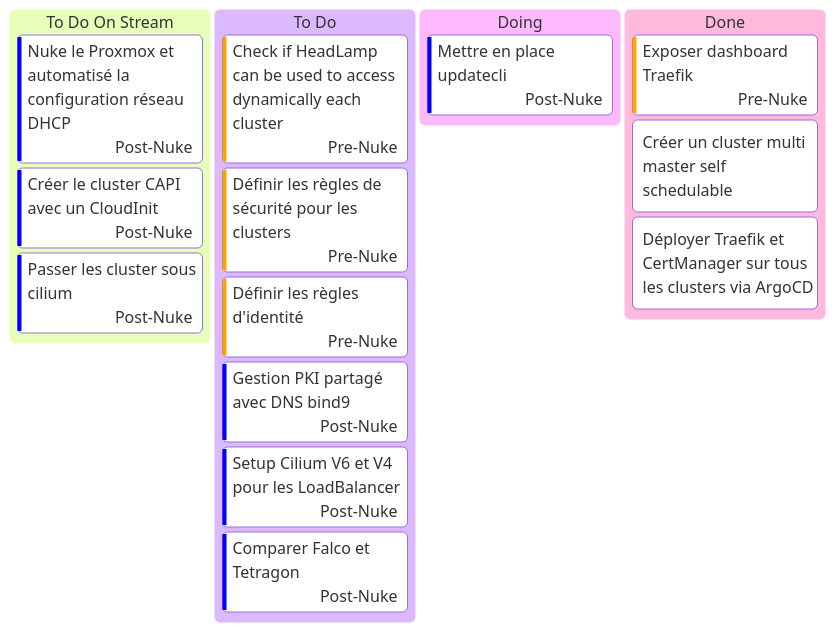
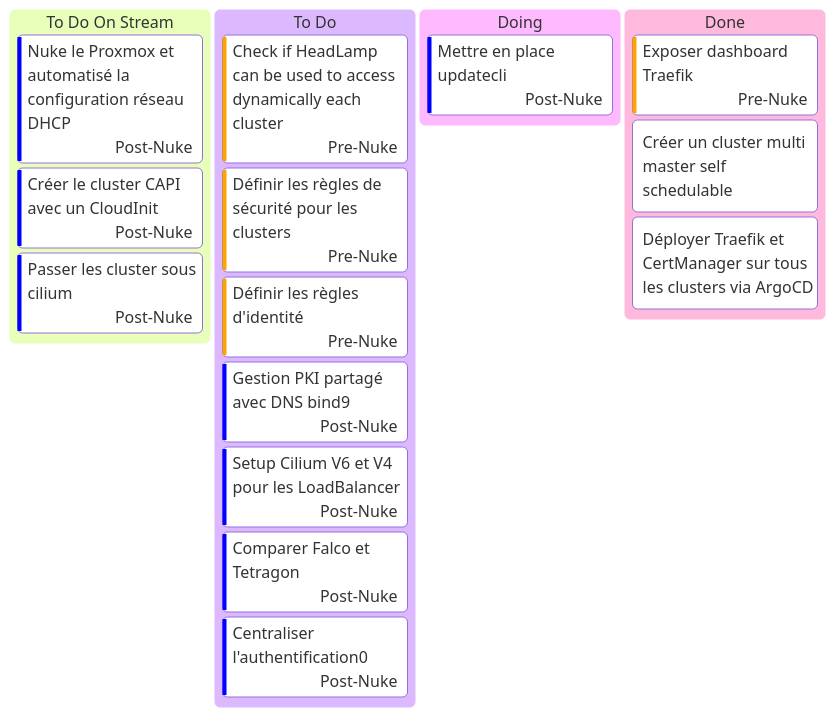
Before and after one commit to batleforc/weebo-si: the diagram in docs/0.introduction/kanban.md, drawn with Mermaid. The commit also changed other lines of this file and 4 other files, not shown here.

````diff
--- a/docs/0.introduction/kanban.md
+++ b/docs/0.introduction/kanban.md
@@ -3,26 +3,27 @@
 ```mermaid
 ---
 config:
   kanban:
     ticketBaseUrl: 'https://github.com/batleforc/weebo-si/issue/#TICKET#'
 ---
 
 kanban
   todoS[To Do On Stream]
     us4[Nuke le Proxmox et automatisé la configuration réseau DHCP]@{ assigned: Post-Nuke, priority: 'Low'}
     us5[Créer le cluster CAPI avec un CloudInit]@{ assigned: Post-Nuke, priority: 'Low'}
     us6[Passer les cluster sous cilium]@{ assigned: Post-Nuke, priority: 'Low'}
   todo[To Do]
     use8[Check if HeadLamp can be used to access dynamically each cluster]@{ assigned: Pre-Nuke, priority: 'High'}
     us3[Définir les règles de sécurité pour les clusters]@{ assigned: Pre-Nuke, priority: 'High'}
     us8[Définir les règles d'identité]@{ assigned: Pre-Nuke, priority: 'High'}
     us7[Gestion PKI partagé avec DNS bind9]@{ assigned: Post-Nuke, priority: 'Low'}
     use10[Setup Cilium V6 et V4 pour les LoadBalancer]@{ assigned: Post-Nuke, priority: 'Low'}
     us11[Comparer Falco et Tetragon]@{ assigned: Post-Nuke, priority: 'Low'}
+    use12[Centraliser l'authentification0]@{ assigned: Post-Nuke, priority: 'Low'}
   doing[Doing]
     us9[Mettre en place updatecli]@{ assigned: Post-Nuke, priority: 'Low'}
   done[Done]
     us7[Exposer dashboard Traefik]@{ assigned: Pre-Nuke, priority: 'High'}
     us1[Créer un cluster multi master self schedulable]
     us2[Déployer Traefik et CertManager sur tous les clusters via ArgoCD]
 ```
````
